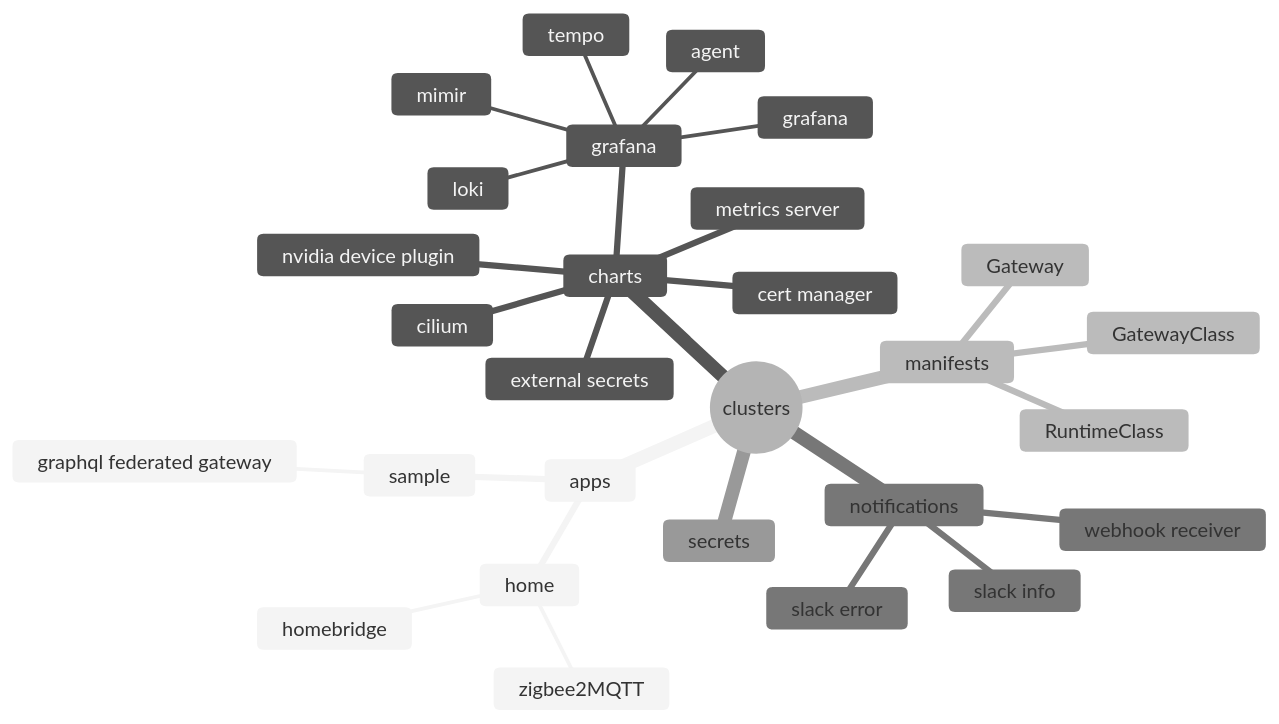
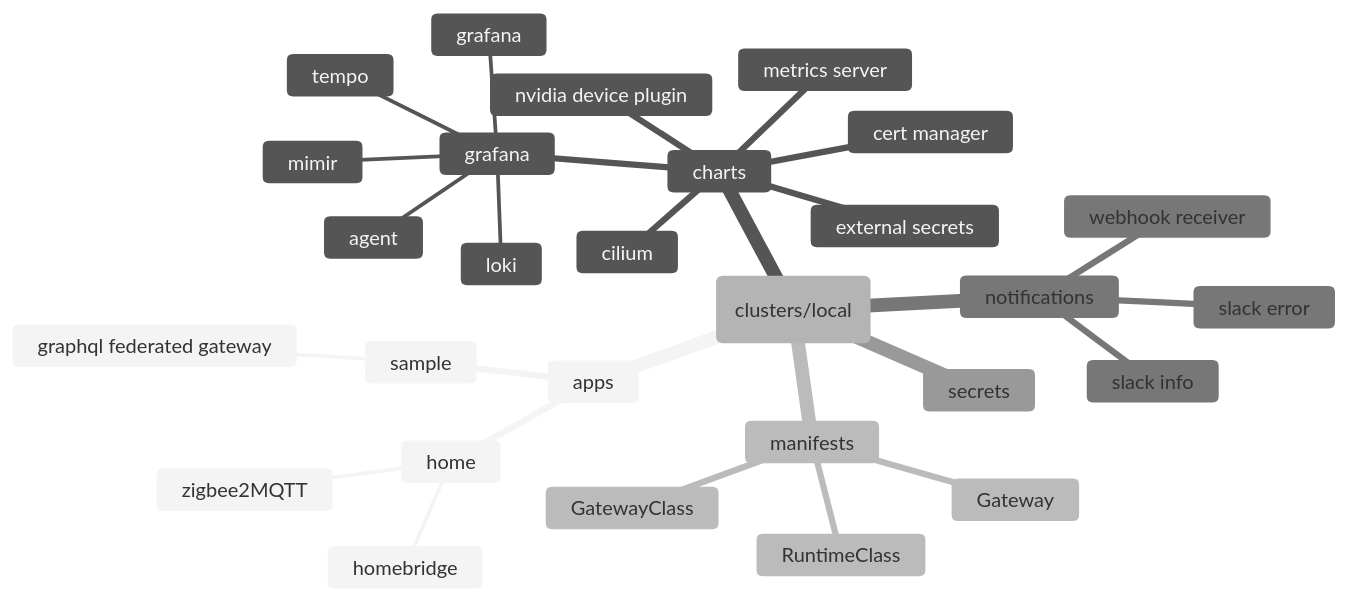
Before and after one commit to dudo/turing-pi: the diagram in README.md, drawn with Mermaid (neutral theme).

````diff
--- a/README.md
+++ b/README.md
@@ -13,31 +13,31 @@
 ```mermaid
 mindmap
-  root((clusters))
+  root(clusters/local)
     apps
       home
         homebridge
         zigbee2MQTT
       sample
         graphql federated gateway
     charts
       cert manager
       cilium
       external secrets
       grafana
         agent
         grafana
         loki
         mimir
         tempo
       metrics server
       nvidia device plugin
     manifests
       GatewayClass
       Gateway
       RuntimeClass
     notifications
       slack error
       slack info
       webhook receiver
     secrets
 ```
````
